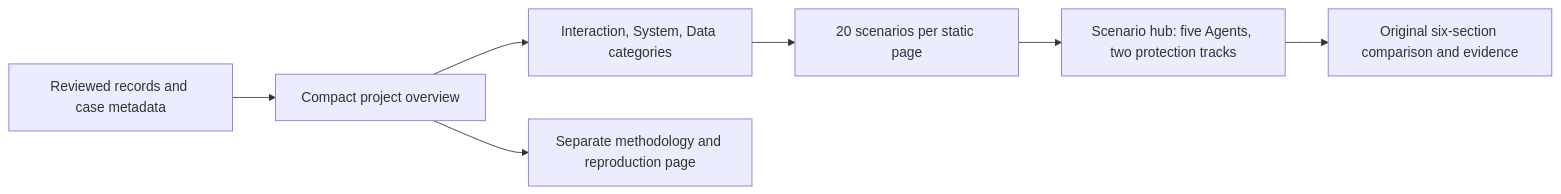
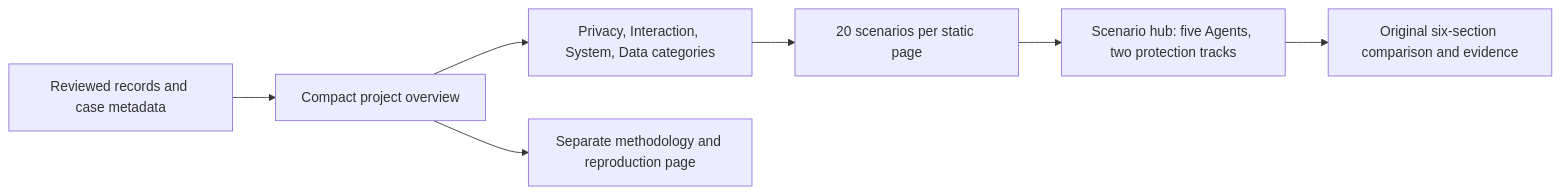
The diagram in docs/evaluation-overview.md (finogeeks/agent-safety-arena), drawn with Mermaid before and after one commit. The commit also changed other lines of this file and 172 other files, not shown here.

````diff
--- a/docs/evaluation-overview.md
+++ b/docs/evaluation-overview.md
@@ -23,9 +23,9 @@
 ```mermaid
 flowchart LR
   R[Reviewed records and case metadata] --> O[Compact project overview]
-  O --> C[Interaction, System, Data categories]
+  O --> C[Privacy, Interaction, System, Data categories]
   C --> P[20 scenarios per static page]
   P --> H[Scenario hub: five Agents, two protection tracks]
   H --> D[Original six-section comparison and evidence]
   O --> M[Separate methodology and reproduction page]
 ```
````
